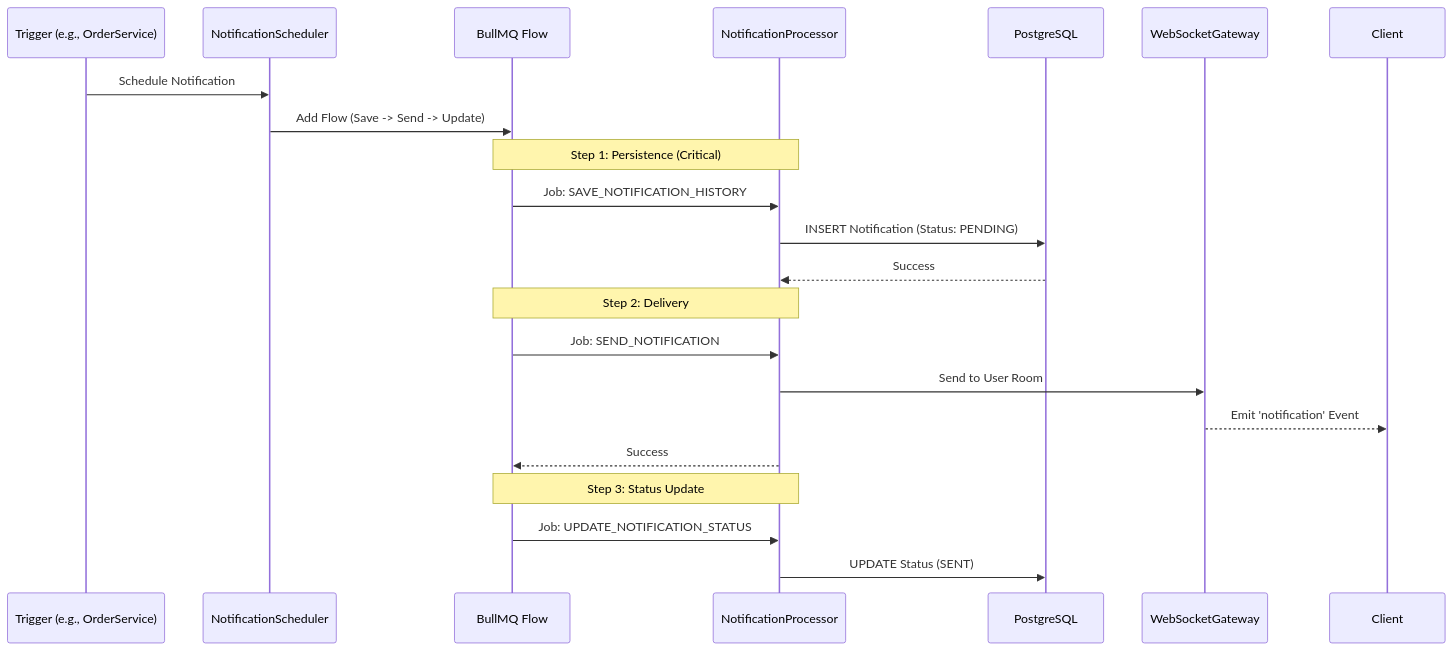
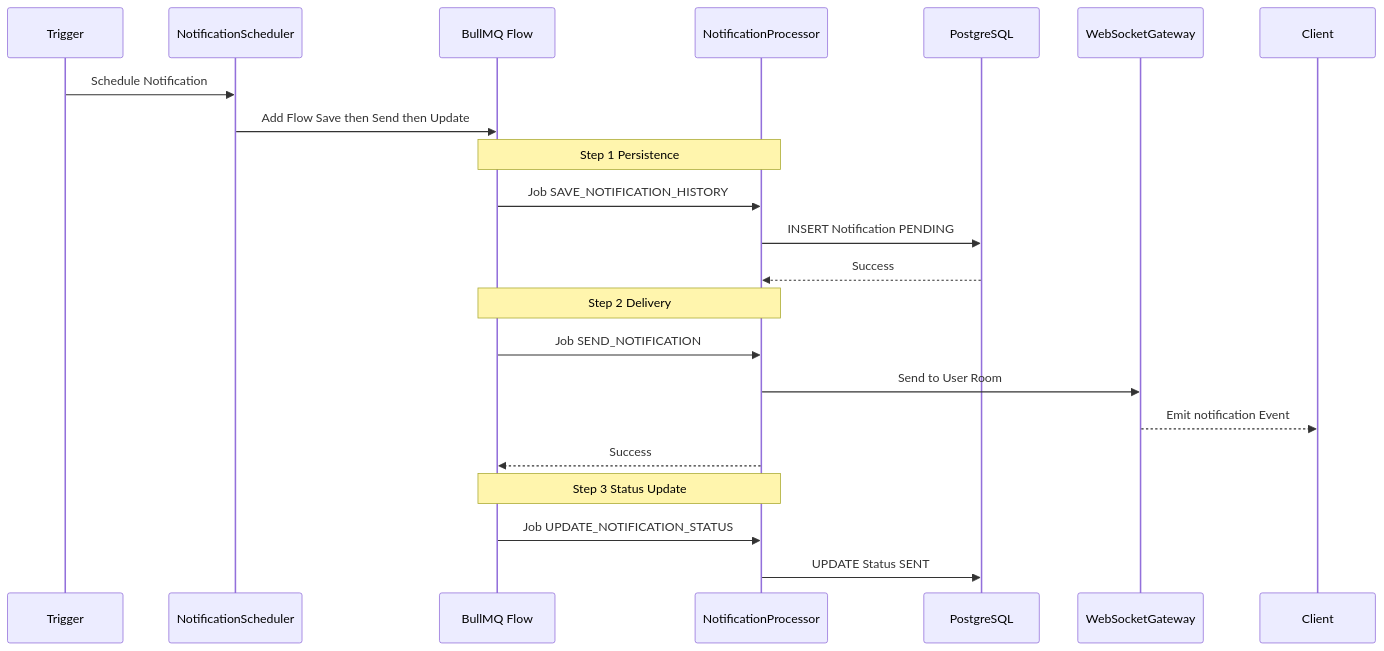
Before and after one commit to raouf-b-dev/ecommerce-store-api: diagram 11 of 11 in docs/architecture/ARCHITECTURE.md, drawn with Mermaid. The commit also changed other lines of this file, not shown here.

First line of the commit message:
Refactor architecture documentation for clarity and consistency

````diff
--- a/docs/architecture/ARCHITECTURE.md
+++ b/docs/architecture/ARCHITECTURE.md
@@ -418,28 +407,28 @@
 ```mermaid
 sequenceDiagram
-    participant System as Trigger (e.g., OrderService)
-    participant Scheduler as NotificationScheduler
-    participant Queue as BullMQ Flow
-    participant Worker as NotificationProcessor
-    participant DB as PostgreSQL
-    participant WS as WebSocketGateway
-    participant Client
+ participant System as Trigger
+ participant Scheduler as NotificationScheduler
+ participant Queue as BullMQ Flow
+ participant Worker as NotificationProcessor
+ participant DB as PostgreSQL
+ participant WS as WebSocketGateway
+ participant Client
 
-    System->>Scheduler: Schedule Notification
-    Scheduler->>Queue: Add Flow (Save -> Send -> Update)
+ System->>Scheduler: Schedule Notification
+ Scheduler->>Queue: Add Flow Save then Send then Update
 
-    Note over Queue, Worker: Step 1: Persistence (Critical)
-    Queue->>Worker: Job: SAVE_NOTIFICATION_HISTORY
-    Worker->>DB: INSERT Notification (Status: PENDING)
-    DB-->>Worker: Success
+ Note over Queue, Worker: Step 1 Persistence
+ Queue->>Worker: Job SAVE_NOTIFICATION_HISTORY
+ Worker->>DB: INSERT Notification PENDING
+ DB-->>Worker: Success
 
-    Note over Queue, Worker: Step 2: Delivery
-    Queue->>Worker: Job: SEND_NOTIFICATION
-    Worker->>WS: Send to User Room
-    WS-->>Client: Emit 'notification' Event
-    Worker-->>Queue: Success
+ Note over Queue, Worker: Step 2 Delivery
+ Queue->>Worker: Job SEND_NOTIFICATION
+ Worker->>WS: Send to User Room
+ WS-->>Client: Emit notification Event
+ Worker-->>Queue: Success
 
-    Note over Queue, Worker: Step 3: Status Update
-    Queue->>Worker: Job: UPDATE_NOTIFICATION_STATUS
-    Worker->>DB: UPDATE Status (SENT)
+ Note over Queue, Worker: Step 3 Status Update
+ Queue->>Worker: Job UPDATE_NOTIFICATION_STATUS
+ Worker->>DB: UPDATE Status SENT
 ```
````
